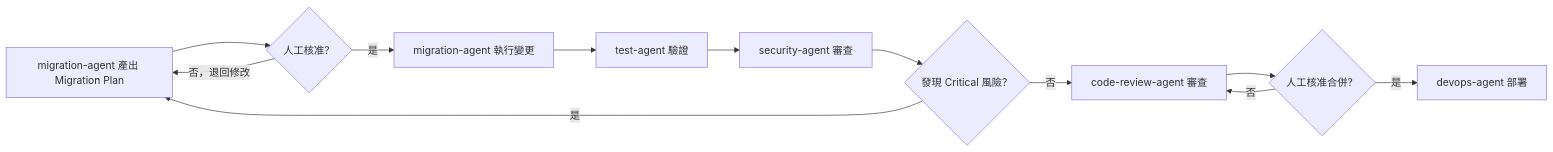
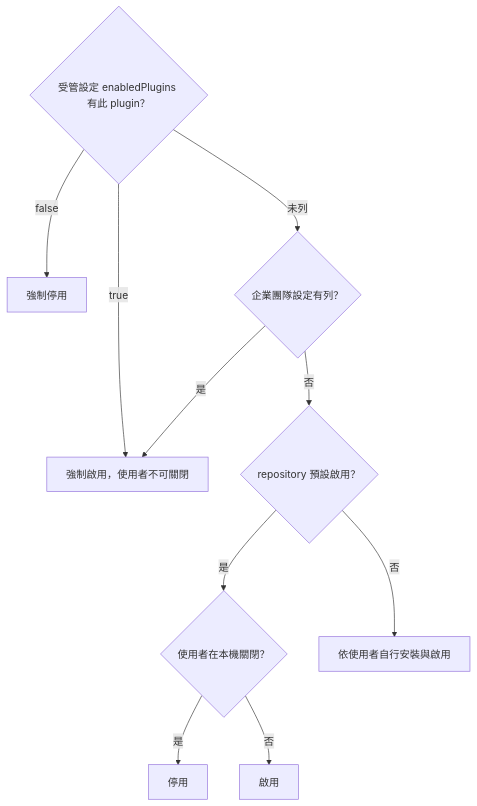
The ninth of 18 diagrams in content/posts/教學/AI開發/awesome-copilot教學手冊.md (chihhung/Blog), drawn with Mermaid before and after one commit. The commit also changed other lines of this file and 1 other file, not shown here.

````diff
--- a/content/posts/教學/AI開發/awesome-copilot教學手冊.md
+++ b/content/posts/教學/AI開發/awesome-copilot教學手冊.md
@@ -2054,14 +3006,12 @@
 ```mermaid
-graph LR
-    A["migration-agent 產出 Migration Plan"] --> H1{"人工核准？"}
-    H1 -->|"否，退回修改"| A
-    H1 -->|"是"| B["migration-agent 執行變更"]
-    B --> C["test-agent 驗證"]
-    C --> D["security-agent 審查"]
-    D --> H2{"發現 Critical 風險？"}
-    H2 -->|"是"| A
-    H2 -->|"否"| E["code-review-agent 審查"]
-    E --> H3{"人工核准合併？"}
-    H3 -->|"否"| E
-    H3 -->|"是"| F["devops-agent 部署"]
+flowchart TD
+    A{"受管設定 enabledPlugins 有此 plugin？"} -- "true" --> R1["強制啟用，使用者不可關閉"]
+    A -- "false" --> R2["強制停用"]
+    A -- "未列" --> B{"企業團隊設定有列？"}
+    B -- "是" --> R1
+    B -- "否" --> C{"repository 預設啟用？"}
+    C -- "是" --> D{"使用者在本機關閉？"}
+    D -- "是" --> R3["停用"]
+    D -- "否" --> R4["啟用"]
+    C -- "否" --> E["依使用者自行安裝與啟用"]
 ```
````
